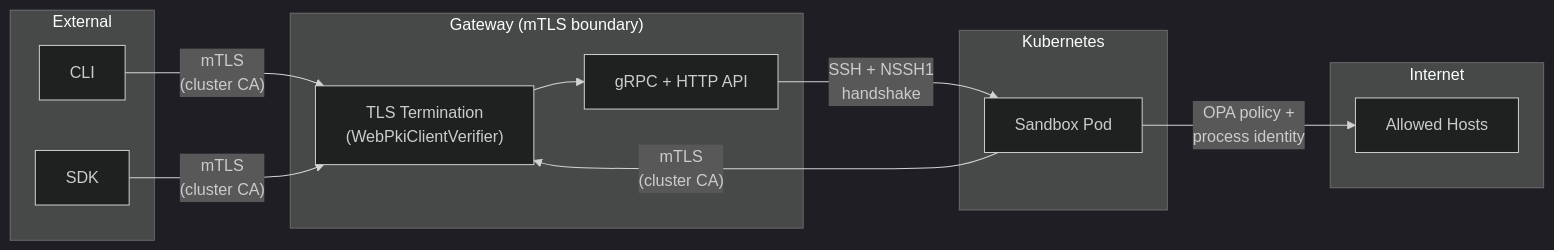
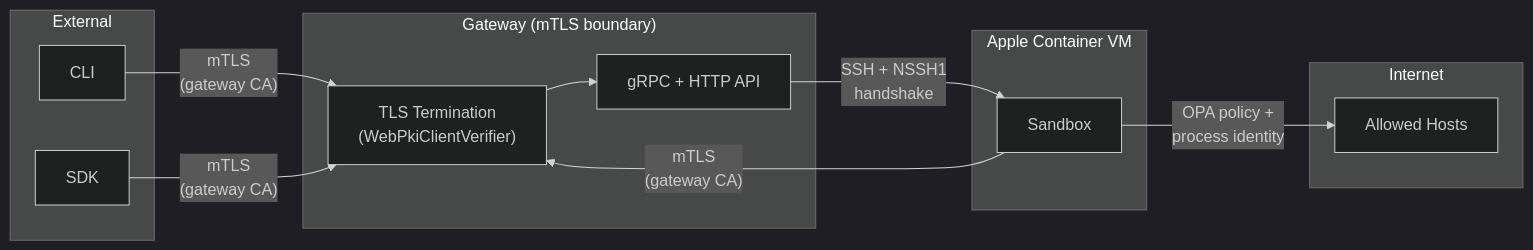
One commit to persimmon16/OpenShell changed the third of 3 diagrams in architecture/gateway-security.md. Above: the diagram before and after it, drawn with Mermaid (dark theme). The commit also changed other lines of this file and 98 other files, not shown here.

First line of the commit message:
refactor: remove Docker/k3s/Kubernetes, macOS-only with Apple Container

````diff
--- a/architecture/gateway-security.md
+++ b/architecture/gateway-security.md
@@ -364,27 +344,27 @@
 ```mermaid
 graph LR
     subgraph EXTERNAL["External"]
         CLI["CLI"]
         SDK["SDK"]
     end
 
     subgraph GW["Gateway (mTLS boundary)"]
         TLS["TLS Termination<br/>(WebPkiClientVerifier)"]
         API["gRPC + HTTP API"]
     end
 
-    subgraph KUBE["Kubernetes"]
-        SBX["Sandbox Pod"]
+    subgraph VM["Apple Container VM"]
+        SBX["Sandbox"]
     end
 
     subgraph INET["Internet"]
         HOSTS["Allowed Hosts"]
     end
 
-    CLI -- "mTLS<br/>(cluster CA)" --> TLS
-    SDK -- "mTLS<br/>(cluster CA)" --> TLS
+    CLI -- "mTLS<br/>(gateway CA)" --> TLS
+    SDK -- "mTLS<br/>(gateway CA)" --> TLS
     TLS --> API
-    SBX -- "mTLS<br/>(cluster CA)" --> TLS
+    SBX -- "mTLS<br/>(gateway CA)" --> TLS
     API -- "SSH + NSSH1<br/>handshake" --> SBX
     SBX -- "OPA policy +<br/>process identity" --> HOSTS
 ```
````
